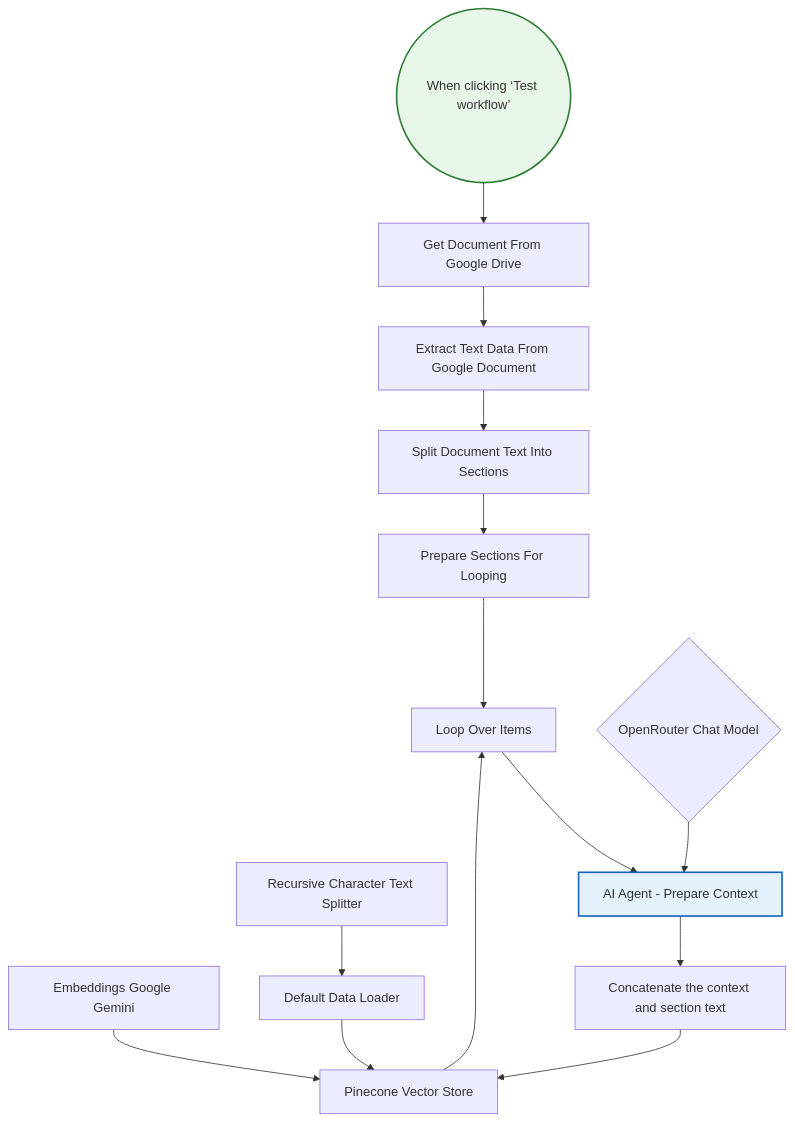
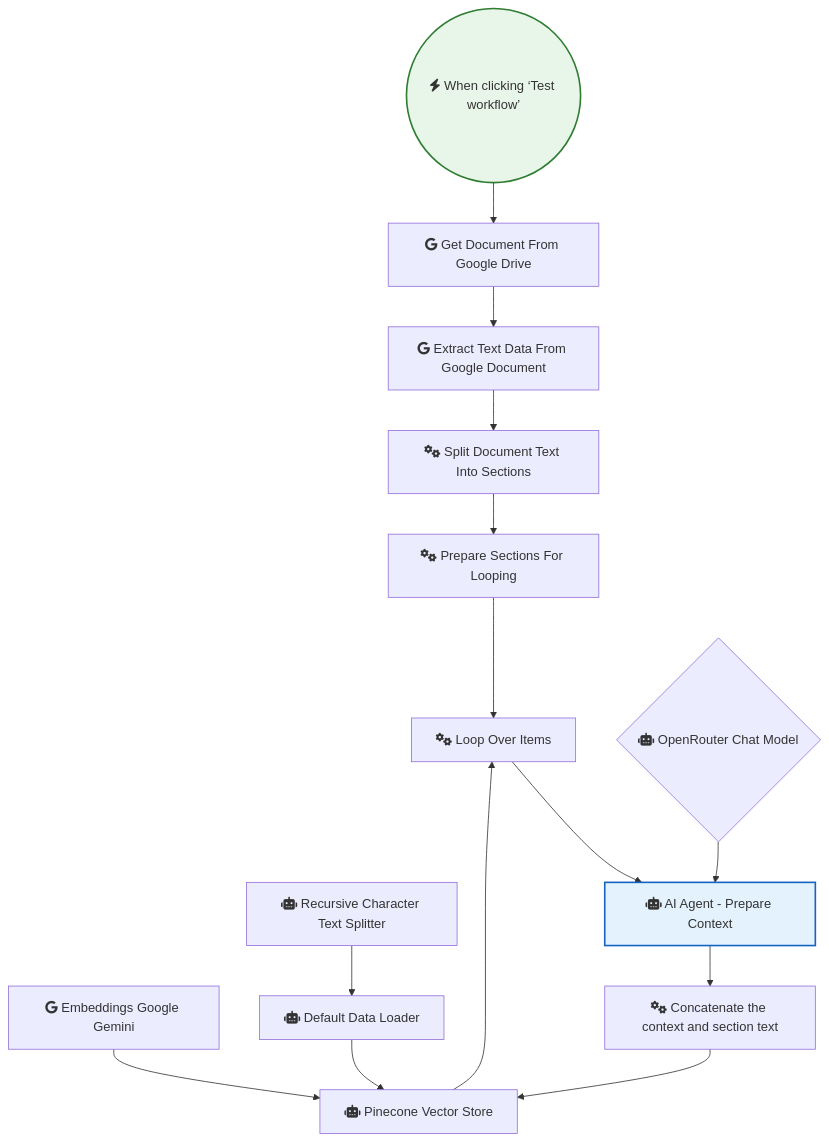
One commit to sreyash3105/N8N-DEMO-AUTOMATIONS changed the diagram in Google_Drive_and_Google_Sheets/Rag Context-aware Chunking Google Drive to Pinecone via Openrouter & Gemini.md. Above: the diagram before and after it, drawn with Mermaid. The commit also changed 291 other files, not shown here.

````diff
--- a/Google_Drive_and_Google_Sheets/Rag Context-aware Chunking Google Drive to Pinecone via Openrouter & Gemini.md
+++ b/Google_Drive_and_Google_Sheets/Rag Context-aware Chunking Google Drive to Pinecone via Openrouter & Gemini.md
@@ -1,34 +1,34 @@
 ```mermaid
 graph TD
     classDef trigger fill:#e8f5e9,stroke:#2e7d32,stroke-width:2px;
     classDef ai fill:#e3f2fd,stroke:#1565c0,stroke-width:2px;
     classDef logic fill:#fff3e0,stroke:#ef6c00,stroke-width:2px;
 
-    When_clicking__Test_workflow_(("When clicking ‘Test workflow’")):::trigger
-    Loop_Over_Items["Loop Over Items"]
-    OpenRouter_Chat_Model{"OpenRouter Chat Model"}
-    Pinecone_Vector_Store["Pinecone Vector Store"]
-    Embeddings_Google_Gemini["Embeddings Google Gemini"]
-    Default_Data_Loader["Default Data Loader"]
-    Recursive_Character_Text_Splitter["Recursive Character Text Splitter"]
-    Get_Document_From_Google_Drive["Get Document From Google Drive"]
-    Extract_Text_Data_From_Google_Document["Extract Text Data From Google Document"]
-    Split_Document_Text_Into_Sections["Split Document Text Into Sections"]
-    Prepare_Sections_For_Looping["Prepare Sections For Looping"]
-    AI_Agent___Prepare_Context["AI Agent - Prepare Context"]:::ai
-    Concatenate_the_context_and_section_text["Concatenate the context and section text"]
+    When_clicking__Test_workflow_(("fas:fa-bolt When clicking ‘Test workflow’")):::trigger
+    Loop_Over_Items["fas:fa-cogs Loop Over Items"]
+    OpenRouter_Chat_Model{"fas:fa-robot OpenRouter Chat Model"}
+    Pinecone_Vector_Store["fas:fa-robot Pinecone Vector Store"]
+    Embeddings_Google_Gemini["fab:fa-google Embeddings Google Gemini"]
+    Default_Data_Loader["fas:fa-robot Default Data Loader"]
+    Recursive_Character_Text_Splitter["fas:fa-robot Recursive Character Text Splitter"]
+    Get_Document_From_Google_Drive["fab:fa-google Get Document From Google Drive"]
+    Extract_Text_Data_From_Google_Document["fab:fa-google Extract Text Data From Google Document"]
+    Split_Document_Text_Into_Sections["fas:fa-cogs Split Document Text Into Sections"]
+    Prepare_Sections_For_Looping["fas:fa-cogs Prepare Sections For Looping"]
+    AI_Agent___Prepare_Context["fas:fa-robot AI Agent - Prepare Context"]:::ai
+    Concatenate_the_context_and_section_text["fas:fa-cogs Concatenate the context and section text"]
 
     Loop_Over_Items --> AI_Agent___Prepare_Context
     Default_Data_Loader --> Pinecone_Vector_Store
     OpenRouter_Chat_Model --> AI_Agent___Prepare_Context
     Pinecone_Vector_Store --> Loop_Over_Items
     Embeddings_Google_Gemini --> Pinecone_Vector_Store
     AI_Agent___Prepare_Context --> Concatenate_the_context_and_section_text
     Prepare_Sections_For_Looping --> Loop_Over_Items
     Get_Document_From_Google_Drive --> Extract_Text_Data_From_Google_Document
     Recursive_Character_Text_Splitter --> Default_Data_Loader
     Split_Document_Text_Into_Sections --> Prepare_Sections_For_Looping
     When_clicking__Test_workflow_ --> Get_Document_From_Google_Drive
     Extract_Text_Data_From_Google_Document --> Split_Document_Text_Into_Sections
     Concatenate_the_context_and_section_text --> Pinecone_Vector_Store
 ```
````
